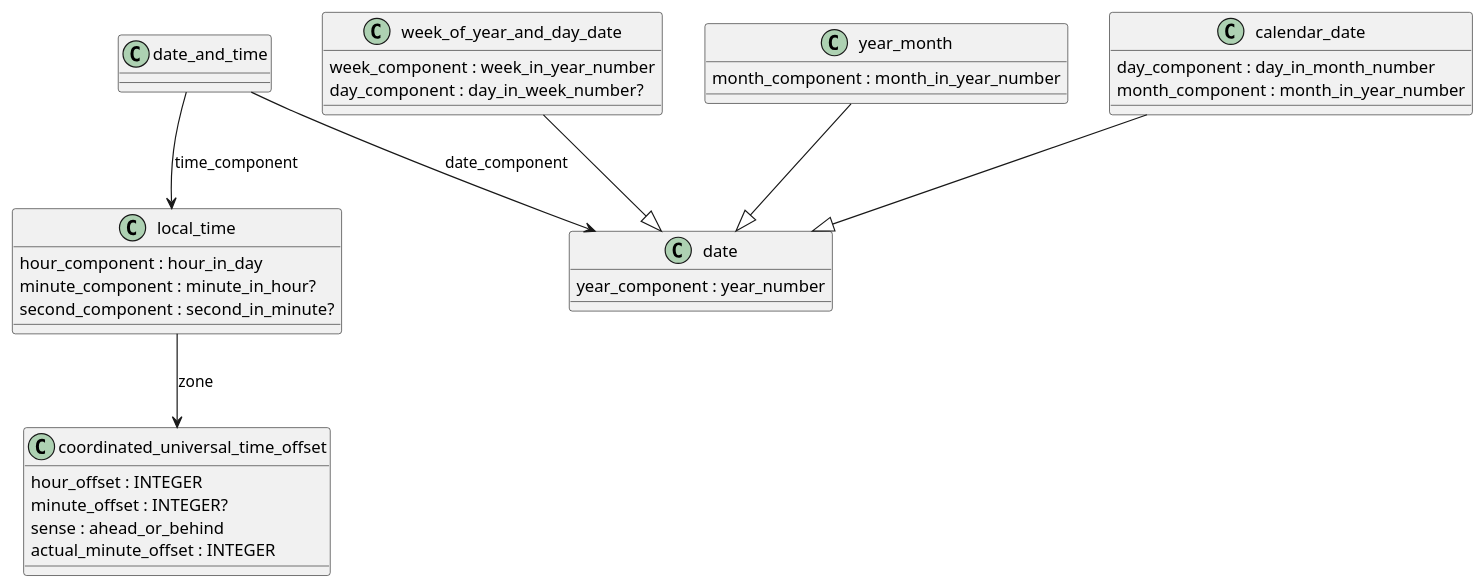
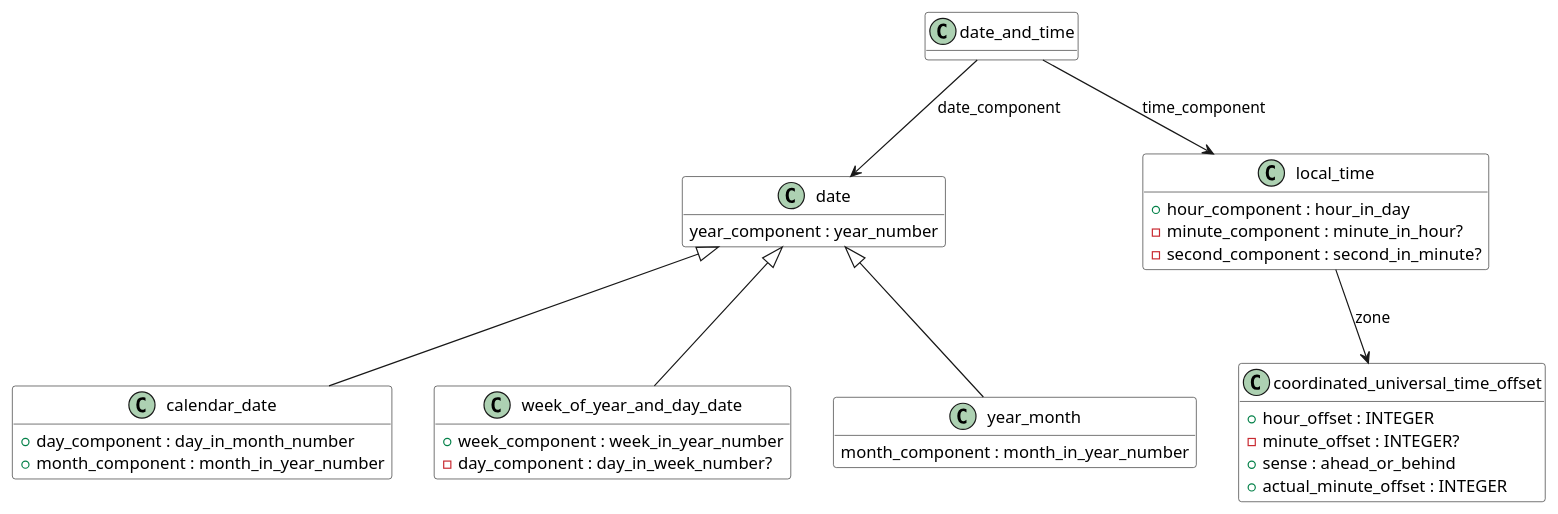
One commit to chukkaba/10303 changed the diagram in 002 Product/General_data/date_time/source/date_time.pu. Above: the diagram before and after it, drawn with PlantUML. The commit also changed 6 other files, not shown here.

```diff
--- a/002 Product/General_data/date_time/source/date_time.pu
+++ b/002 Product/General_data/date_time/source/date_time.pu
@@ -1,52 +1,54 @@
 @startuml
 
-class calendar_date {
-  day_component : day_in_month_number
-  month_component : month_in_year_number
+hide empty methods
+
+class calendar_date #White {
+  + day_component : day_in_month_number
+  + month_component : month_in_year_number
 }
 
-class coordinated_universal_time_offset {
-  hour_offset : INTEGER
-  minute_offset : INTEGER?
-  sense : ahead_or_behind
-  actual_minute_offset : INTEGER
+class coordinated_universal_time_offset #White {
+  +hour_offset : INTEGER
+  - minute_offset : INTEGER?
+  +sense : ahead_or_behind
+  +actual_minute_offset : INTEGER
 }
 
-class date {
+class date #White {
   year_component : year_number
 }
 
-class date_and_time {
+class date_and_time #White {
 
 }
 
-class local_time {
-  hour_component : hour_in_day
-  minute_component : minute_in_hour?
-  second_component : second_in_minute?
+class local_time #White {
+  +hour_component : hour_in_day
+  -minute_component : minute_in_hour?
+  -second_component : second_in_minute?
 
 }
 
-class week_of_year_and_day_date {
-  week_component : week_in_year_number
-  day_component : day_in_week_number?
+class week_of_year_and_day_date #White {
+  +week_component : week_in_year_number
+  -day_component : day_in_week_number?
 }
 
-class year_month {
+class year_month #White {
   month_component : month_in_year_number
 }
 
 ' Связи между сущностями
 
-calendar_date --|> date
-week_of_year_and_day_date --|> date
-year_month --|> date
+calendar_date -up-|> date
+week_of_year_and_day_date -up-|> date
+year_month -up-|> date
 
 
 date_and_time --> date : date_component
 date_and_time --> local_time : time_component
 local_time --> coordinated_universal_time_offset : zone
 
 
 
 @enduml
```
